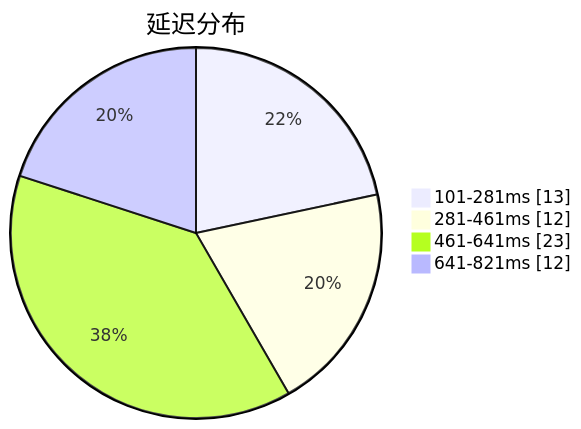
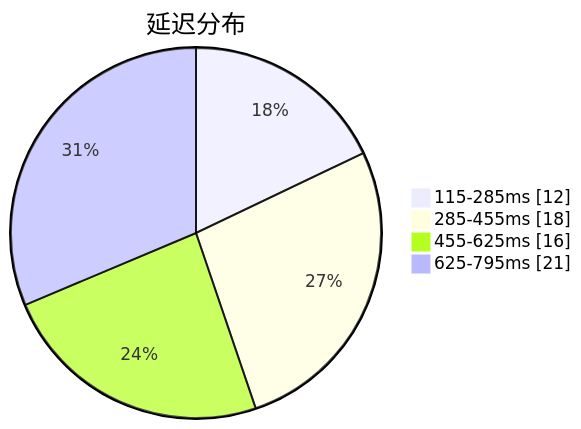
Before and after one commit to sinspired/airport: the first of 3 diagrams in subs/statistics/tested_within.md, drawn with Mermaid. The commit also changed other lines of this file and 2 other files, not shown here.

````diff
--- a/subs/statistics/tested_within.md
+++ b/subs/statistics/tested_within.md
@@ -2,8 +2,8 @@
 ```mermaid
 pie showData
 title 延迟分布
-"101-281ms" : 13
-"281-461ms" : 12
-"461-641ms" : 23
-"641-821ms" : 12
+"115-285ms" : 12
+"285-455ms" : 18
+"455-625ms" : 16
+"625-795ms" : 21
 ```
````
